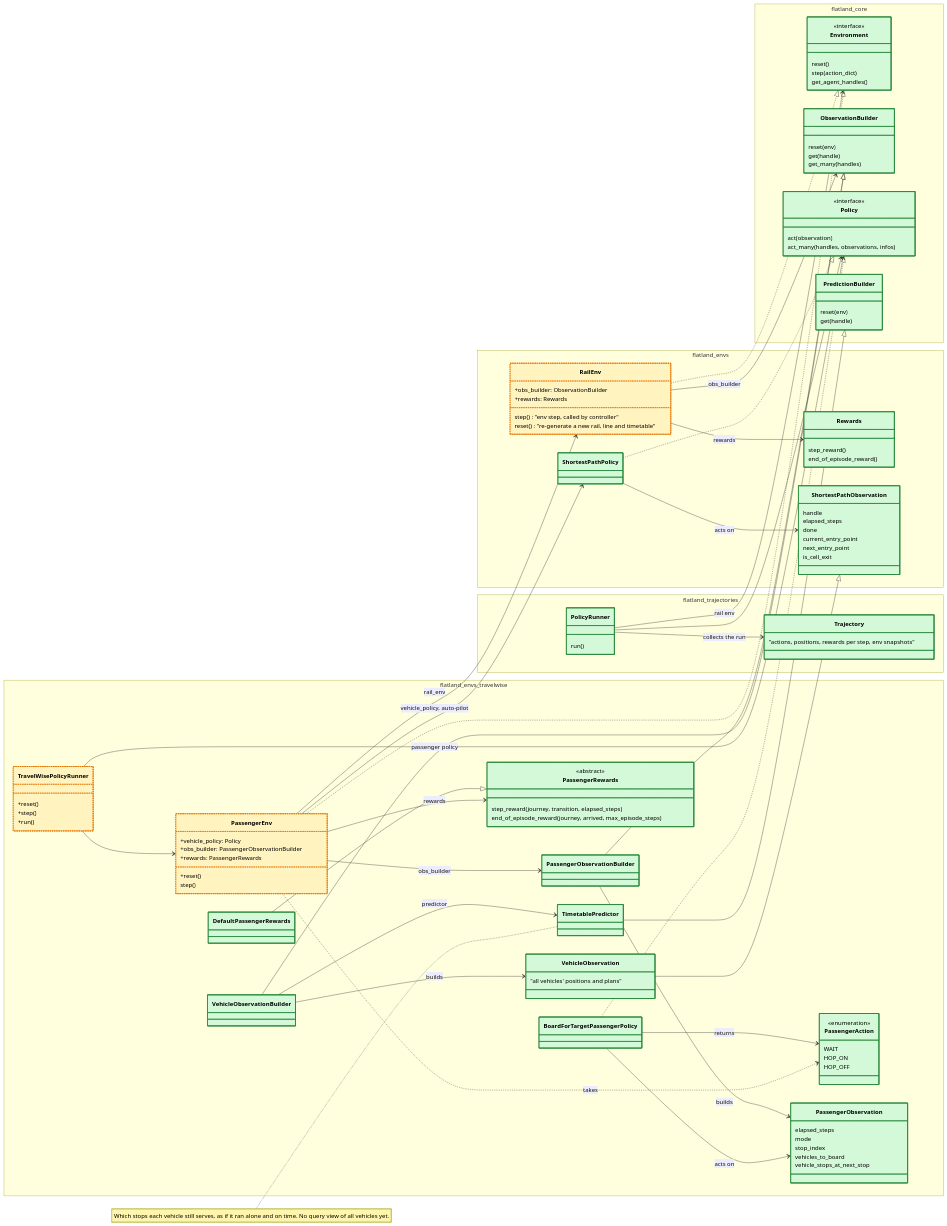
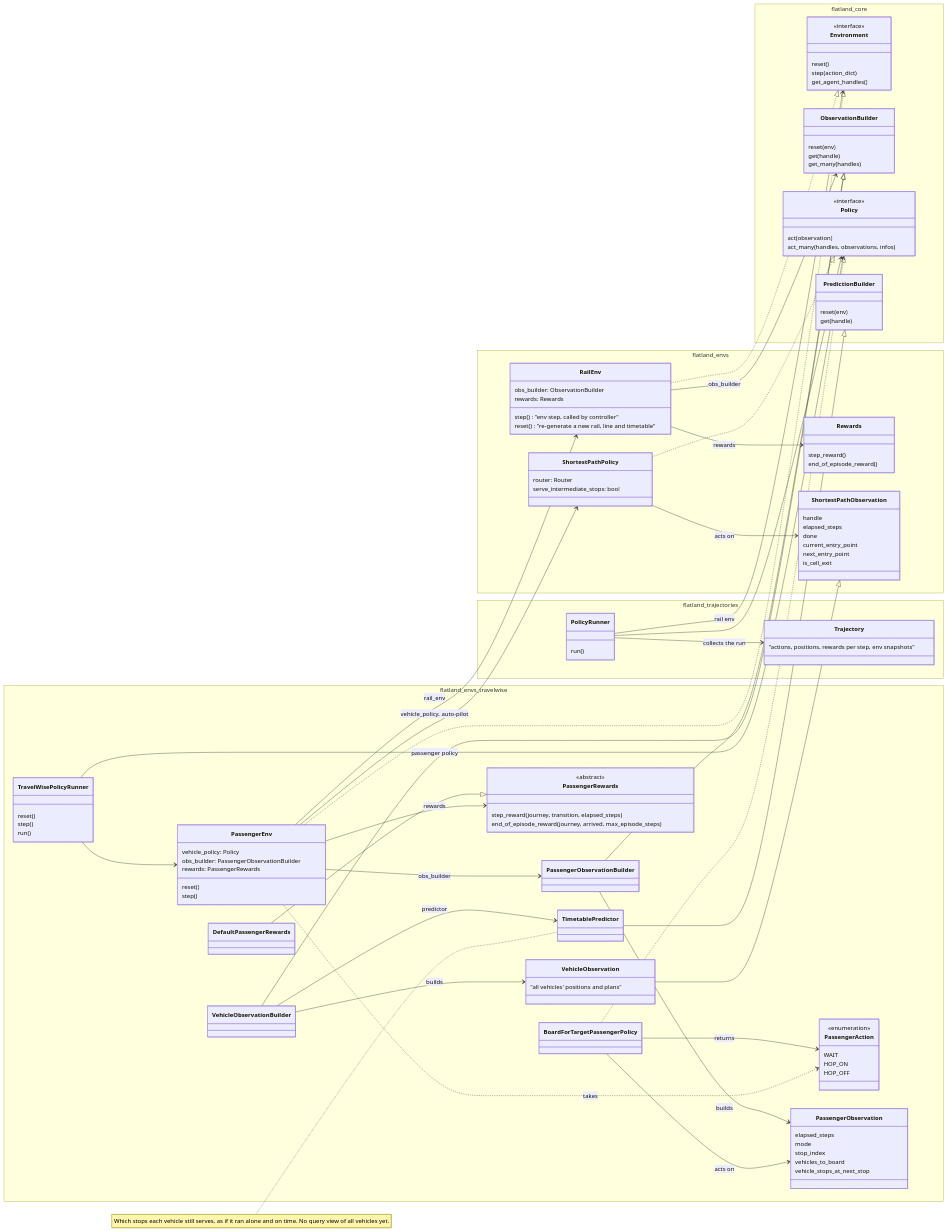
One commit to flatland-association/flatland-rl changed the second of 4 diagrams in docs/travelwise/data_model.md. Above: the diagram before and after it, drawn with Mermaid. The commit also changed other lines of this file, not shown here.

Commit message:
docs(travelwise): drop the colours from the data model and add the passenger modes as a state diagram.

````diff
--- a/docs/travelwise/data_model.md
+++ b/docs/travelwise/data_model.md
@@ -294,8 +289,8 @@
     }
     namespace flatland_envs {
         class RailEnv {
-            +obs_builder: ObservationBuilder
-            +rewards: Rewards
+            obs_builder: ObservationBuilder
+            rewards: Rewards
             step() "env step, called by controller"
             reset() "re-generate a new rail, line and timetable"
         }
@@ -304,6 +299,8 @@
             end_of_episode_reward()
         }
         class ShortestPathPolicy {
+            router: Router
+            serve_intermediate_stops: bool
         }
         class ShortestPathObservation {
             handle
@@ -324,10 +321,10 @@
     }
     namespace flatland_envs_travelwise {
         class PassengerEnv {
-            +vehicle_policy: Policy
-            +obs_builder: PassengerObservationBuilder
-            +rewards: PassengerRewards
-            +reset()
+            vehicle_policy: Policy
+            obs_builder: PassengerObservationBuilder
+            rewards: PassengerRewards
+            reset()
             step()
         }
         class PassengerAction {
@@ -362,31 +359,9 @@
         class DefaultPassengerRewards {
         }
         class TravelWisePolicyRunner {
-            +reset()
-            +step()
-            +run()
+            reset()
+            step()
+            run()
         }
     }
-
-    style Environment fill:#d3f9d8,stroke:#2b8a3e,stroke-width:2px,color:#000
-    style Policy fill:#d3f9d8,stroke:#2b8a3e,stroke-width:2px,color:#000
-    style ObservationBuilder fill:#d3f9d8,stroke:#2b8a3e,stroke-width:2px,color:#000
-    style PredictionBuilder fill:#d3f9d8,stroke:#2b8a3e,stroke-width:2px,color:#000
-    style Rewards fill:#d3f9d8,stroke:#2b8a3e,stroke-width:2px,color:#000
-    style ShortestPathPolicy fill:#d3f9d8,stroke:#2b8a3e,stroke-width:2px,color:#000
-    style ShortestPathObservation fill:#d3f9d8,stroke:#2b8a3e,stroke-width:2px,color:#000
-    style PolicyRunner fill:#d3f9d8,stroke:#2b8a3e,stroke-width:2px,color:#000
-    style Trajectory fill:#d3f9d8,stroke:#2b8a3e,stroke-width:2px,color:#000
-    style PassengerAction fill:#d3f9d8,stroke:#2b8a3e,stroke-width:2px,color:#000
-    style PassengerObservation fill:#d3f9d8,stroke:#2b8a3e,stroke-width:2px,color:#000
-    style BoardForTargetPassengerPolicy fill:#d3f9d8,stroke:#2b8a3e,stroke-width:2px,color:#000
-    style VehicleObservationBuilder fill:#d3f9d8,stroke:#2b8a3e,stroke-width:2px,color:#000
-    style VehicleObservation fill:#d3f9d8,stroke:#2b8a3e,stroke-width:2px,color:#000
-    style PassengerObservationBuilder fill:#d3f9d8,stroke:#2b8a3e,stroke-width:2px,color:#000
-    style TimetablePredictor fill:#d3f9d8,stroke:#2b8a3e,stroke-width:2px,color:#000
-    style PassengerRewards fill:#d3f9d8,stroke:#2b8a3e,stroke-width:2px,color:#000
-    style DefaultPassengerRewards fill:#d3f9d8,stroke:#2b8a3e,stroke-width:2px,color:#000
-    style RailEnv fill:#fff3bf,stroke:#e67700,stroke-width:2px,stroke-dasharray:4 2,color:#000
-    style PassengerEnv fill:#fff3bf,stroke:#e67700,stroke-width:2px,stroke-dasharray:4 2,color:#000
-    style TravelWisePolicyRunner fill:#fff3bf,stroke:#e67700,stroke-width:2px,stroke-dasharray:4 2,color:#000
 ```
````
